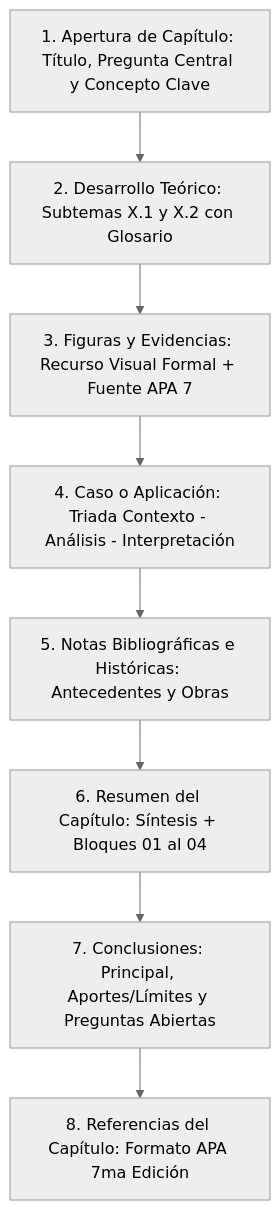
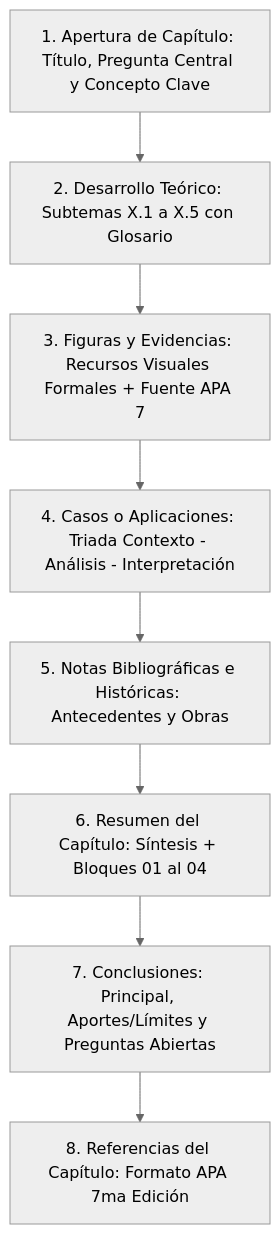
One commit to gerardosky23/ia-aplicada-libro changed the first of 2 diagrams in AGENTS.md. Above: the diagram before and after it, drawn with Mermaid (neutral theme). The commit also changed other lines of this file and 1 other file, not shown here.

````diff
--- a/AGENTS.md
+++ b/AGENTS.md
@@ -64,10 +82,10 @@
 ```mermaid
 flowchart TD
-    A["1. Apertura de Capítulo: Título, Pregunta Central y Concepto Clave"] --> B["2. Desarrollo Teórico: Subtemas X.1 y X.2 con Glosario"]
-    B --> C["3. Figuras y Evidencias: Recurso Visual Formal + Fuente APA 7"]
-    C --> D["4. Caso o Aplicación: Triada Contexto - Análisis - Interpretación"]
+    A["1. Apertura de Capítulo: Título, Pregunta Central y Concepto Clave"] --> B["2. Desarrollo Teórico: Subtemas X.1 a X.5 con Glosario"]
+    B --> C["3. Figuras y Evidencias: Recursos Visuales Formales + Fuente APA 7"]
+    C --> D["4. Casos o Aplicaciones: Triada Contexto - Análisis - Interpretación"]
     D --> E["5. Notas Bibliográficas e Históricas: Antecedentes y Obras"]
     E --> F["6. Resumen del Capítulo: Síntesis + Bloques 01 al 04"]
     F --> G["7. Conclusiones: Principal, Aportes/Límites y Preguntas Abiertas"]
     G --> H["8. Referencias del Capítulo: Formato APA 7ma Edición"]
 ```
````
